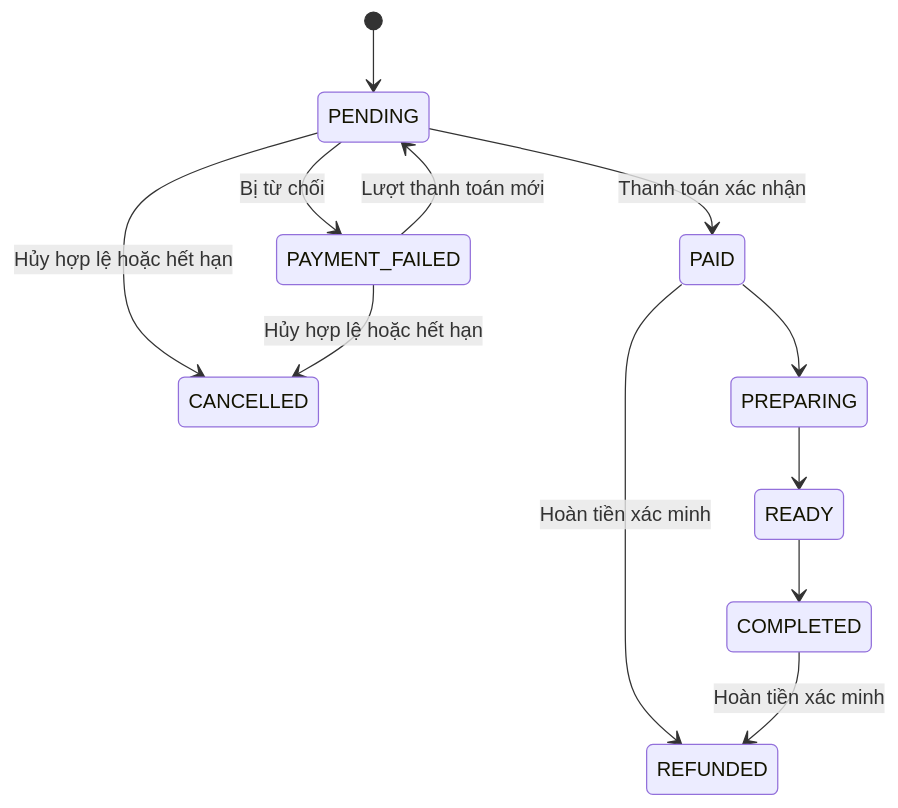
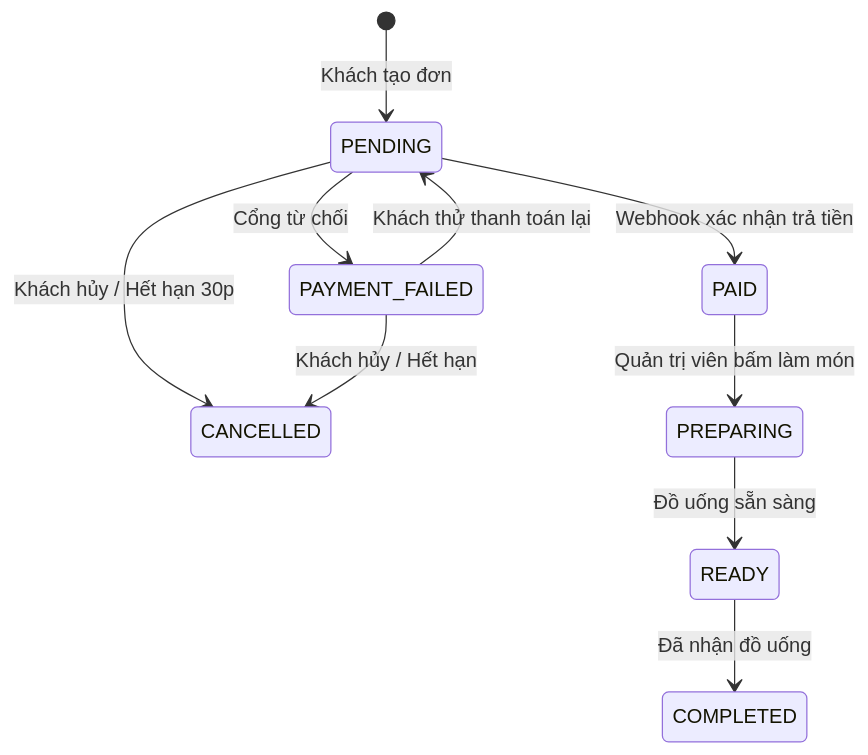
The third of 4 diagrams in docs/ON-TAP-THUYET-TRINH-BREWLITE.md (chigiabao/brewlite), drawn with Mermaid before and after one commit. The commit also changed other lines of this file and 3 other files, not shown here.

````diff
--- a/docs/ON-TAP-THUYET-TRINH-BREWLITE.md
+++ b/docs/ON-TAP-THUYET-TRINH-BREWLITE.md
@@ -225,14 +172,12 @@
-```mermaid
-stateDiagram-v2
-  [*] --> PENDING
-  PENDING --> PAID: Thanh toán xác nhận
-  PENDING --> PAYMENT_FAILED: Bị từ chối
-  PAYMENT_FAILED --> PENDING: Lượt thanh toán mới
-  PENDING --> CANCELLED: Hủy hợp lệ hoặc hết hạn
-  PAYMENT_FAILED --> CANCELLED: Hủy hợp lệ hoặc hết hạn
-  PAID --> PREPARING
-  PREPARING --> READY
-  READY --> COMPLETED
-  PAID --> REFUNDED: Hoàn tiền xác minh
-  COMPLETED --> REFUNDED: Hoàn tiền xác minh
-```
+  ```mermaid
+  stateDiagram-v2
+    [*] --> PENDING: Khách tạo đơn
+    PENDING --> PAID: Webhook xác nhận trả tiền
+    PENDING --> PAYMENT_FAILED: Cổng từ chối
+    PAYMENT_FAILED --> PENDING: Khách thử thanh toán lại
+    PENDING --> CANCELLED: Khách hủy / Hết hạn 30p
+    PAYMENT_FAILED --> CANCELLED: Khách hủy / Hết hạn
+    PAID --> PREPARING: Quản trị viên bấm làm món
+    PREPARING --> READY: Đồ uống sẵn sàng
+    READY --> COMPLETED: Đã nhận đồ uống
+  ```
````
